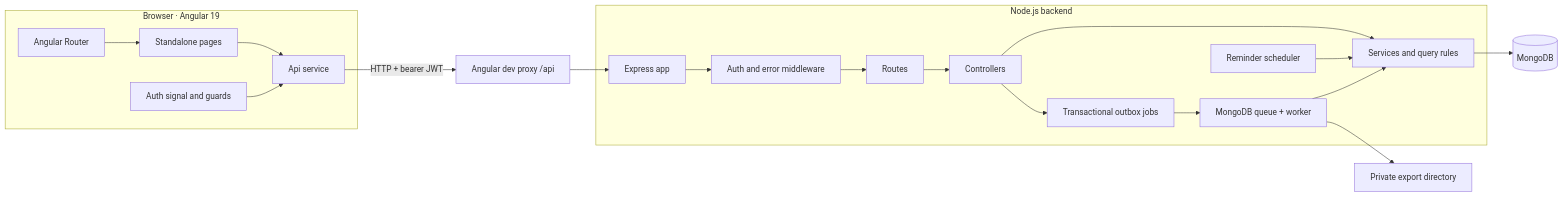
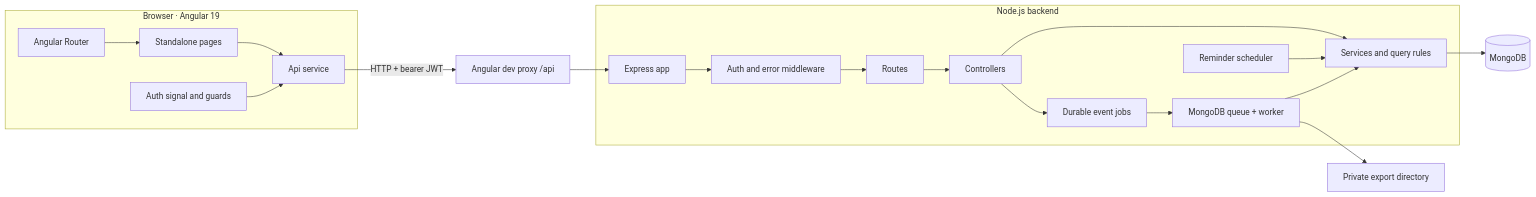
Before and after one commit to GayathriReddy02/TaskManagement: the first of 5 diagrams in docs/ARCHITECTURE.md, drawn with Mermaid. The commit also changed other lines of this file and 24 other files, not shown here.

````diff
--- a/docs/ARCHITECTURE.md
+++ b/docs/ARCHITECTURE.md
@@ -28,30 +28,30 @@
 ```mermaid
 flowchart LR
     subgraph Client["Browser · Angular 19"]
         Routes[Angular Router]
         Pages[Standalone pages]
         ApiClient[Api service]
         Auth[Auth signal and guards]
         Routes --> Pages
         Pages --> ApiClient
         Auth --> ApiClient
     end
     Proxy[Angular dev proxy /api] --> Express
     ApiClient -->|HTTP + bearer JWT| Proxy
     subgraph Server["Node.js backend"]
         Express[Express app]
         Middleware[Auth and error middleware]
         RoutesBackend[Routes]
         Controllers[Controllers]
         Services[Services and query rules]
-        Events[Transactional outbox jobs]
+        Events[Durable event jobs]
         Queue[MongoDB queue + worker]
         Scheduler[Reminder scheduler]
         Express --> Middleware --> RoutesBackend --> Controllers --> Services
         Controllers --> Events --> Queue
         Scheduler --> Services
     end
     Services --> Mongo[(MongoDB)]
     Queue --> Services
     Queue --> Exports[Private export directory]
 ```
````
